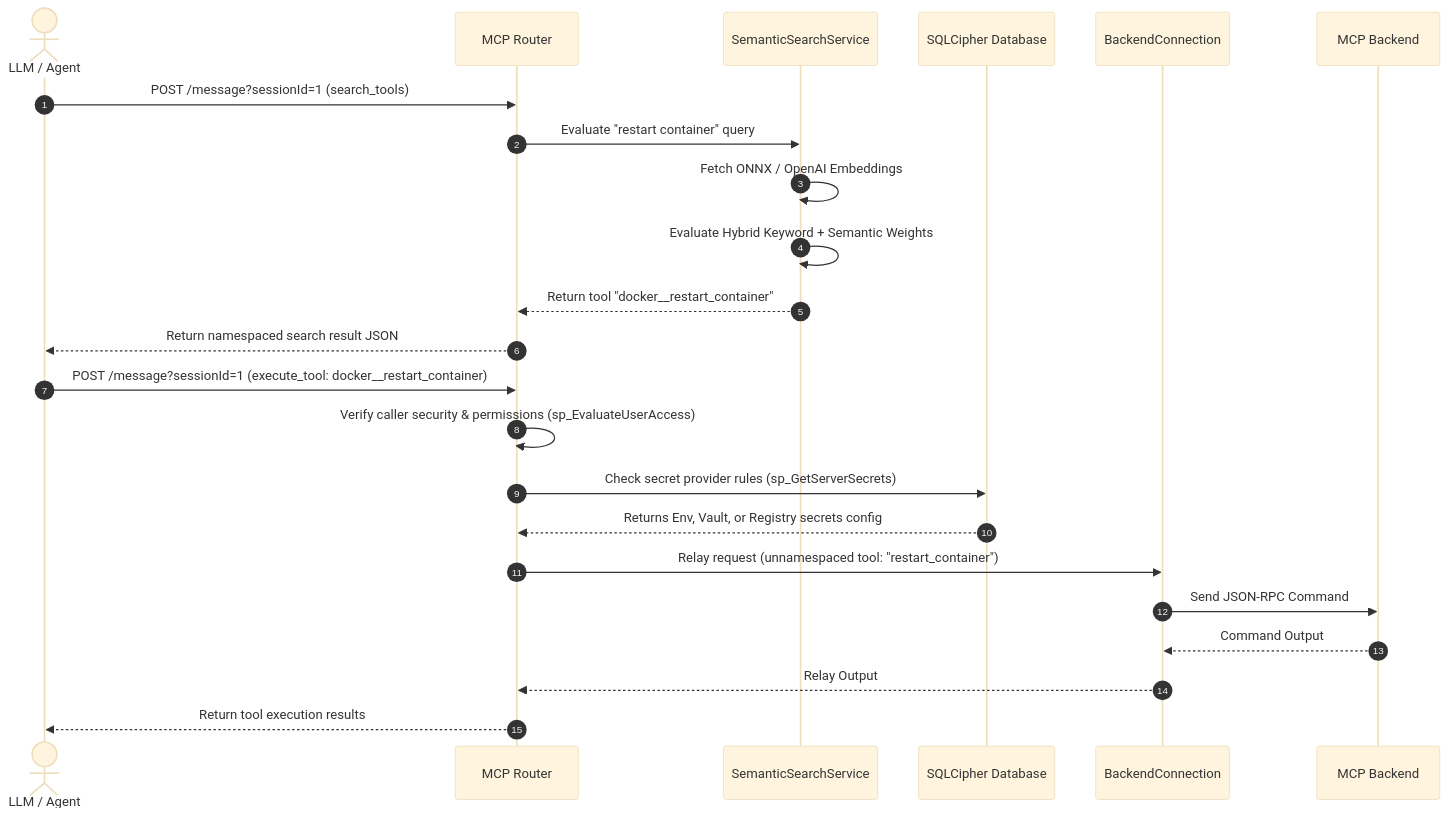
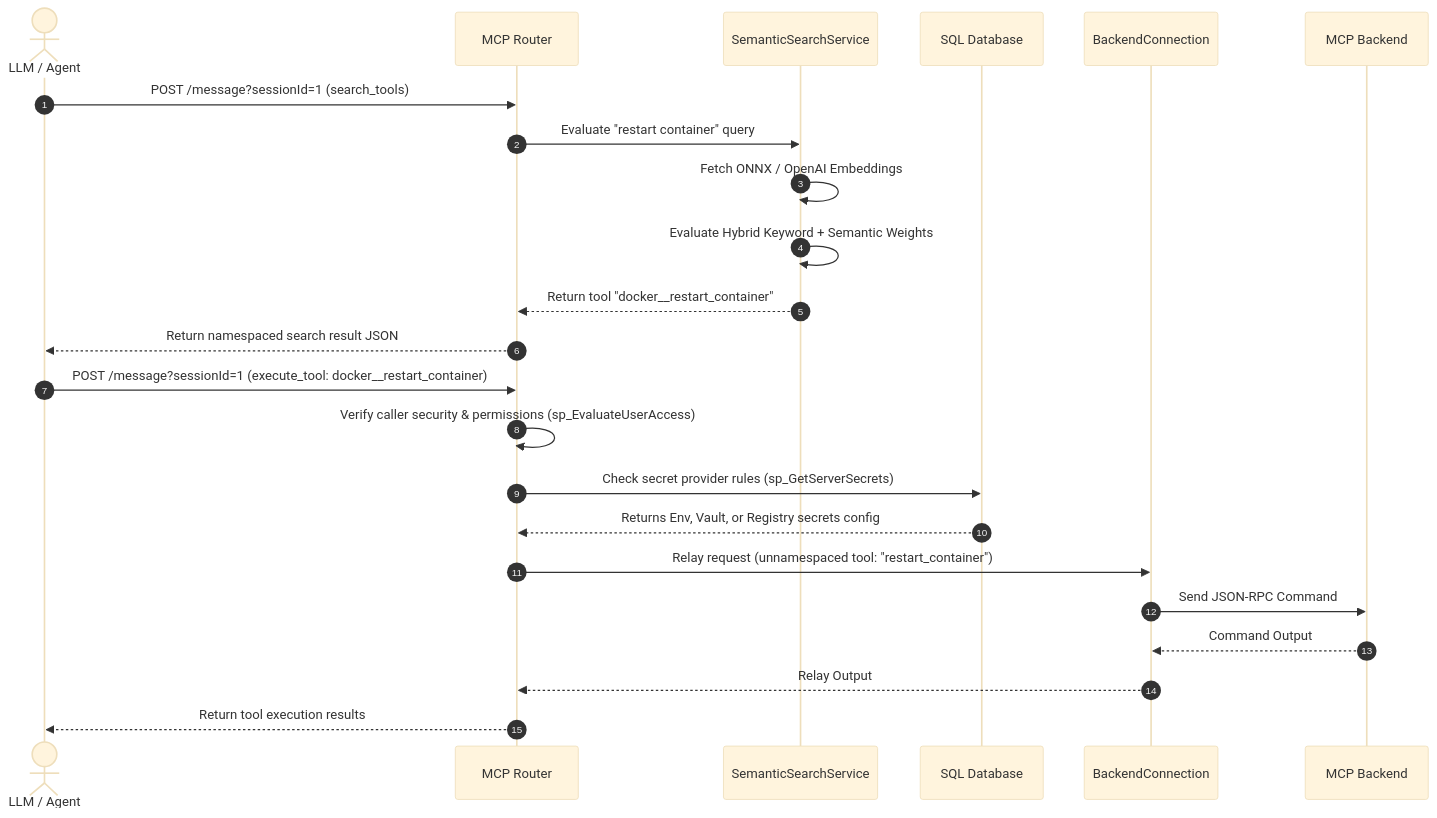
Before and after one commit to spelech/CSharp-MCP-Router: the third of 3 diagrams in ARCHITECTURE.md, drawn with Mermaid (base theme). The commit also changed other lines of this file and 5 other files, not shown here.

Commit message:
docs(architecture): comprehensive enterprise architecture guide with sequence, component, database ERD, and flow diagrams (#57)

````diff
--- a/ARCHITECTURE.md
+++ b/ARCHITECTURE.md
@@ -108,27 +109,27 @@
 ```mermaid
 sequenceDiagram
     autonumber
     actor Client as LLM / Agent
     participant Router as MCP Router
     participant SemanticSvc as SemanticSearchService
-    participant DB as SQLCipher Database
+    participant DB as SQL Database
     participant BackendConn as BackendConnection
     participant Downstream as MCP Backend
 
     Client->>Router: POST /message?sessionId=1 (search_tools)
     Router->>SemanticSvc: Evaluate "restart container" query
     SemanticSvc->>SemanticSvc: Fetch ONNX / OpenAI Embeddings
     SemanticSvc->>SemanticSvc: Evaluate Hybrid Keyword + Semantic Weights
     SemanticSvc-->>Router: Return tool "docker__restart_container"
     Router-->>Client: Return namespaced search result JSON
 
     Client->>Router: POST /message?sessionId=1 (execute_tool: docker__restart_container)
     Router->>Router: Verify caller security & permissions (sp_EvaluateUserAccess)
     Router->>DB: Check secret provider rules (sp_GetServerSecrets)
     DB-->>Router: Returns Env, Vault, or Registry secrets config
     Router->>BackendConn: Relay request (unnamespaced tool: "restart_container")
     BackendConn->>Downstream: Send JSON-RPC Command
     Downstream-->>BackendConn: Command Output
     BackendConn-->>Router: Relay Output
     Router-->>Client: Return tool execution results
 ```
````
